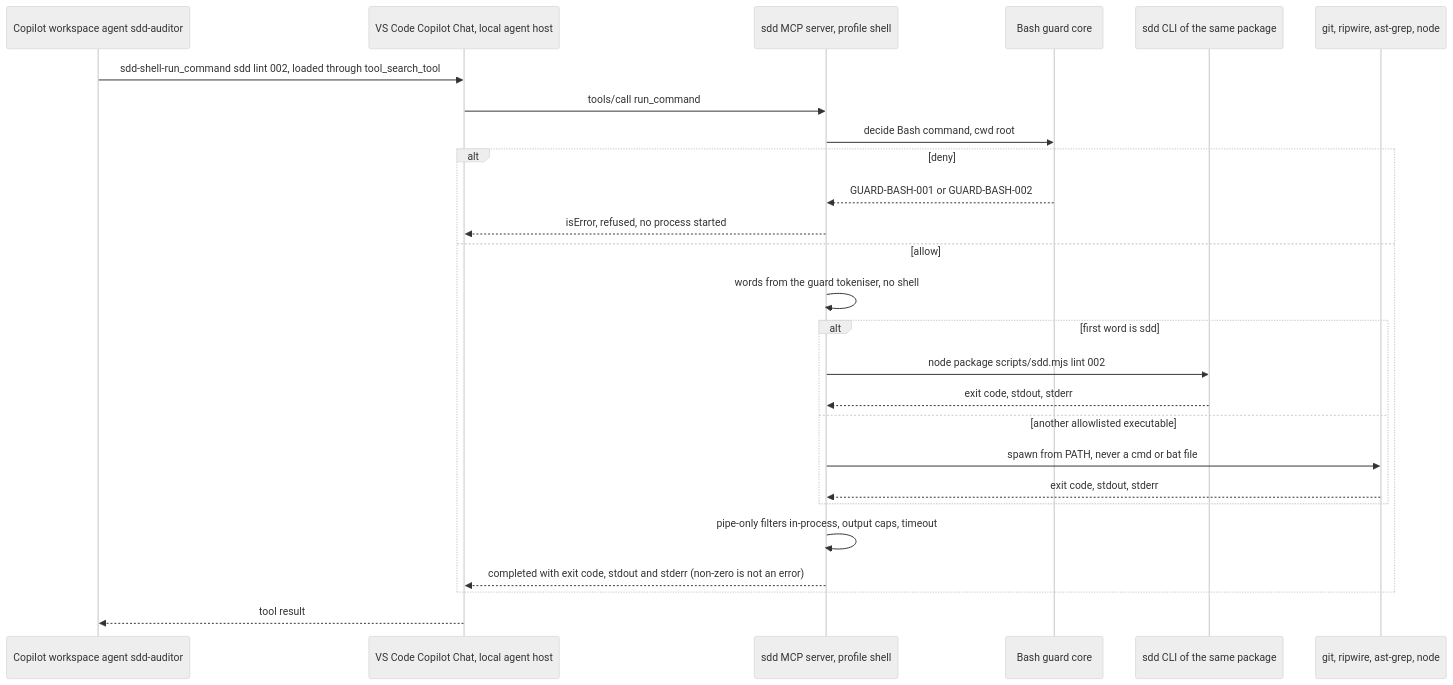
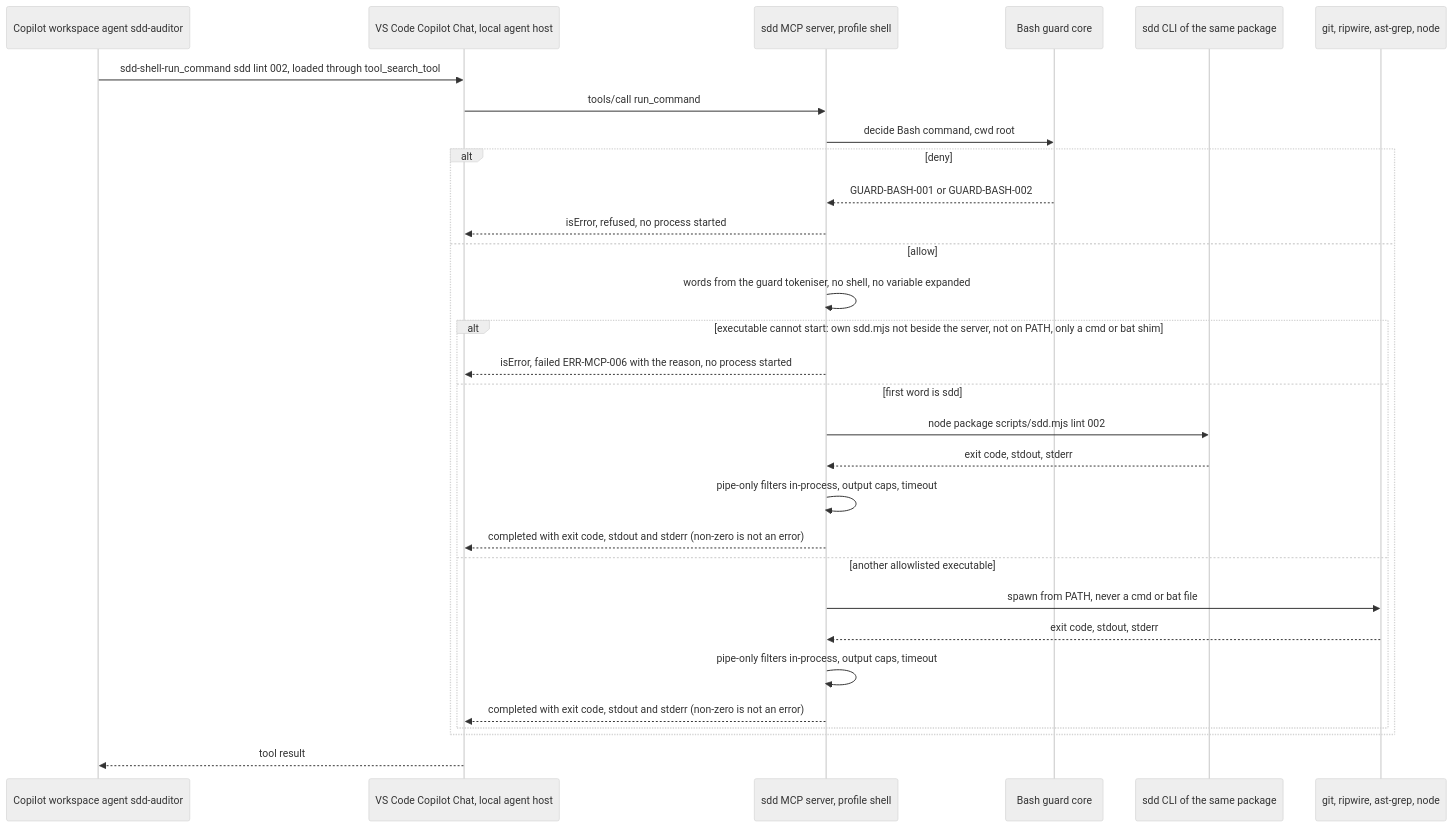
Before and after one commit to jlacube/spec-architect: the fifth of 15 diagrams in .sdd/002-multi-platform-targets/10-spec/60-architecture/architecture.md, drawn with Mermaid (neutral theme). The commit also changed other lines of this file and 15 other files, not shown here.

````diff
--- a/.sdd/002-multi-platform-targets/10-spec/60-architecture/architecture.md
+++ b/.sdd/002-multi-platform-targets/10-spec/60-architecture/architecture.md
@@ -542,29 +549,33 @@
 ```mermaid
 sequenceDiagram
   %% F4 Copilot command through sdd-shell. Realizes C002-TS-406 C002-TS-407 C002-TS-408 C002-TS-409
   participant C002_COMP_004 as Copilot workspace agent sdd-auditor
   participant VSC as VS Code Copilot Chat, local agent host
   participant C002_COMP_005 as sdd MCP server, profile shell
   participant C002_COMP_012 as Bash guard core
   participant C002_COMP_018 as sdd CLI of the same package
   participant EXE as git, ripwire, ast-grep, node
   C002_COMP_004->>VSC: sdd-shell-run_command sdd lint 002, loaded through tool_search_tool
   VSC->>C002_COMP_005: tools/call run_command
   C002_COMP_005->>C002_COMP_012: decide Bash command, cwd root
   alt deny
     C002_COMP_012-->>C002_COMP_005: GUARD-BASH-001 or GUARD-BASH-002
     C002_COMP_005-->>VSC: isError, refused, no process started
   else allow
-    C002_COMP_005->>C002_COMP_005: words from the guard tokeniser, no shell
-    alt first word is sdd
+    C002_COMP_005->>C002_COMP_005: words from the guard tokeniser, no shell, no variable expanded
+    alt executable cannot start: own sdd.mjs not beside the server, not on PATH, only a cmd or bat shim
+      C002_COMP_005-->>VSC: isError, failed ERR-MCP-006 with the reason, no process started
+    else first word is sdd
       C002_COMP_005->>C002_COMP_018: node package scripts/sdd.mjs lint 002
       C002_COMP_018-->>C002_COMP_005: exit code, stdout, stderr
+      C002_COMP_005->>C002_COMP_005: pipe-only filters in-process, output caps, timeout
+      C002_COMP_005-->>VSC: completed with exit code, stdout and stderr (non-zero is not an error)
     else another allowlisted executable
       C002_COMP_005->>EXE: spawn from PATH, never a cmd or bat file
       EXE-->>C002_COMP_005: exit code, stdout, stderr
+      C002_COMP_005->>C002_COMP_005: pipe-only filters in-process, output caps, timeout
+      C002_COMP_005-->>VSC: completed with exit code, stdout and stderr (non-zero is not an error)
     end
-    C002_COMP_005->>C002_COMP_005: pipe-only filters in-process, output caps, timeout
-    C002_COMP_005-->>VSC: completed with exit code, stdout and stderr (non-zero is not an error)
   end
   VSC-->>C002_COMP_004: tool result
 ```
````
